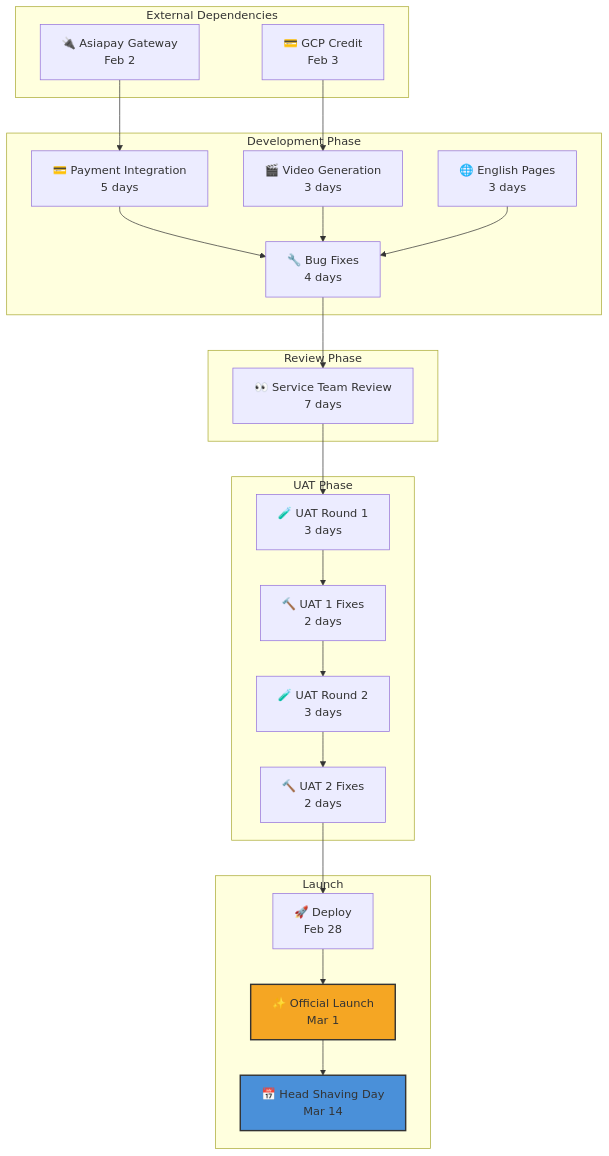
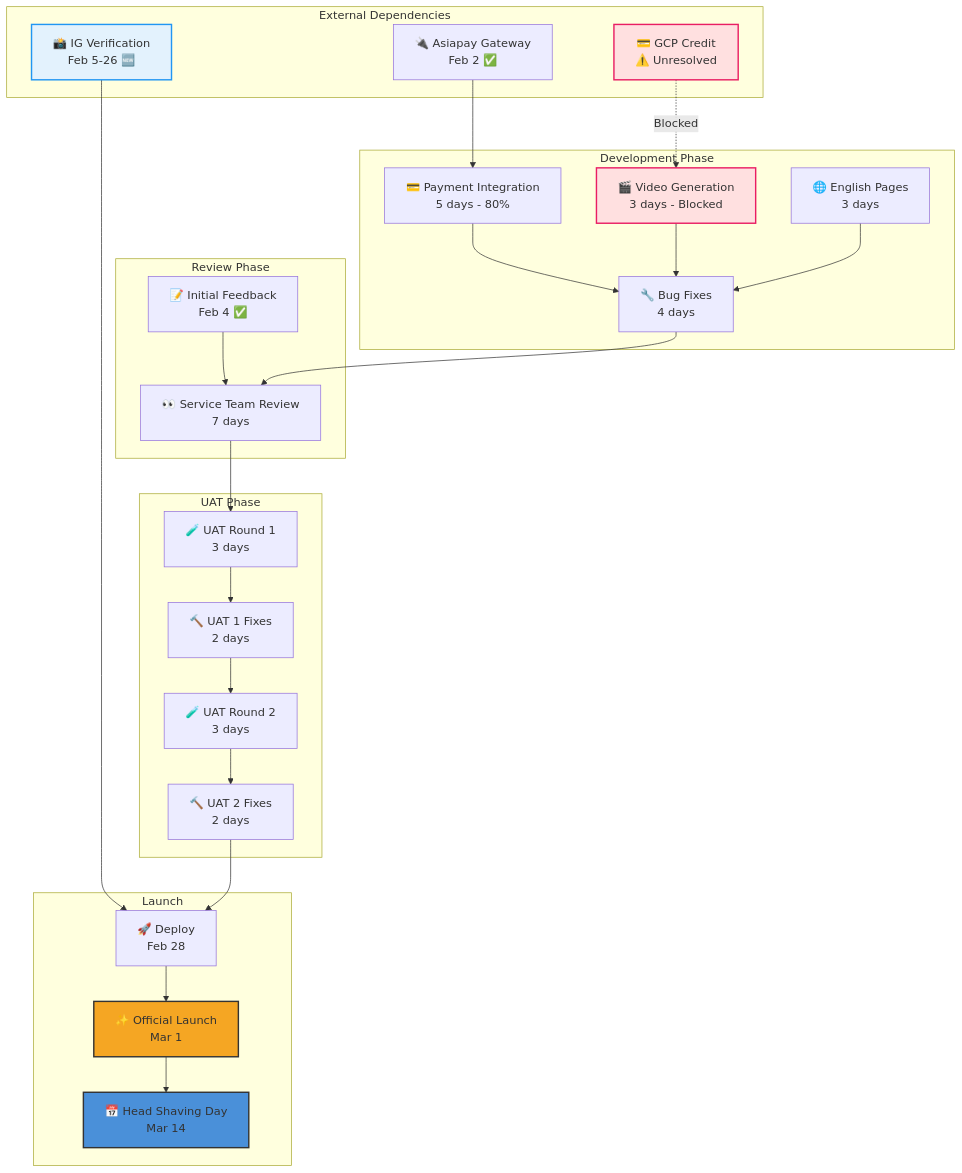
The second of 2 diagrams in documents/2026-01-30-ccf-shave-for-hope-project-schedule.md (ZorroCheng-MC/sharehub), drawn with Mermaid before and after one commit. The commit also changed other lines of this file, not shown here.

````diff
--- a/documents/2026-01-30-ccf-shave-for-hope-project-schedule.md
+++ b/documents/2026-01-30-ccf-shave-for-hope-project-schedule.md
@@ -170,48 +195,55 @@
 ```mermaid
 flowchart TD
     subgraph EXTERNAL["External Dependencies"]
-        A1[🔌 Asiapay Gateway<br/>Feb 2]
-        A2[💳 GCP Credit<br/>Feb 3]
+        A1[🔌 Asiapay Gateway<br/>Feb 2 ✅]
+        A2[💳 GCP Credit<br/>⚠️ Unresolved]
+        A3[📸 IG Verification<br/>Feb 5-26 🆕]
     end
 
     subgraph DEV["Development Phase"]
-        B[💳 Payment Integration<br/>5 days]
-        C[🎬 Video Generation<br/>3 days]
+        B[💳 Payment Integration<br/>5 days - 80%]
+        C[🎬 Video Generation<br/>3 days - Blocked]
         D[🌐 English Pages<br/>3 days]
         E[🔧 Bug Fixes<br/>4 days]
     end
 
     subgraph REVIEW["Review Phase"]
+        F0[📝 Initial Feedback<br/>Feb 4 ✅]
         F[👀 Service Team Review<br/>7 days]
     end
 
     subgraph UAT["UAT Phase"]
         G[🧪 UAT Round 1<br/>3 days]
         H[🔨 UAT 1 Fixes<br/>2 days]
         I[🧪 UAT Round 2<br/>3 days]
         J[🔨 UAT 2 Fixes<br/>2 days]
     end
 
     subgraph LAUNCH["Launch"]
         K[🚀 Deploy<br/>Feb 28]
         L[✨ Official Launch<br/>Mar 1]
         M[📅 Head Shaving Day<br/>Mar 14]
     end
 
     A1 --> B
-    A2 --> C
+    A2 -.->|Blocked| C
+    A3 --> K
     B --> E
     C --> E
     D --> E
+    F0 --> F
     E --> F
     F --> G
     G --> H
     H --> I
     I --> J
     J --> K
     K --> L
     L --> M
 
     style L fill:#F5A623,stroke:#333,stroke-width:2px
     style M fill:#4A90D9,stroke:#333,stroke-width:2px
+    style A2 fill:#FFE0E0,stroke:#E91E63,stroke-width:2px
+    style A3 fill:#E3F2FD,stroke:#2196F3,stroke-width:2px
+    style C fill:#FFE0E0,stroke:#E91E63,stroke-width:2px
 ```
````
